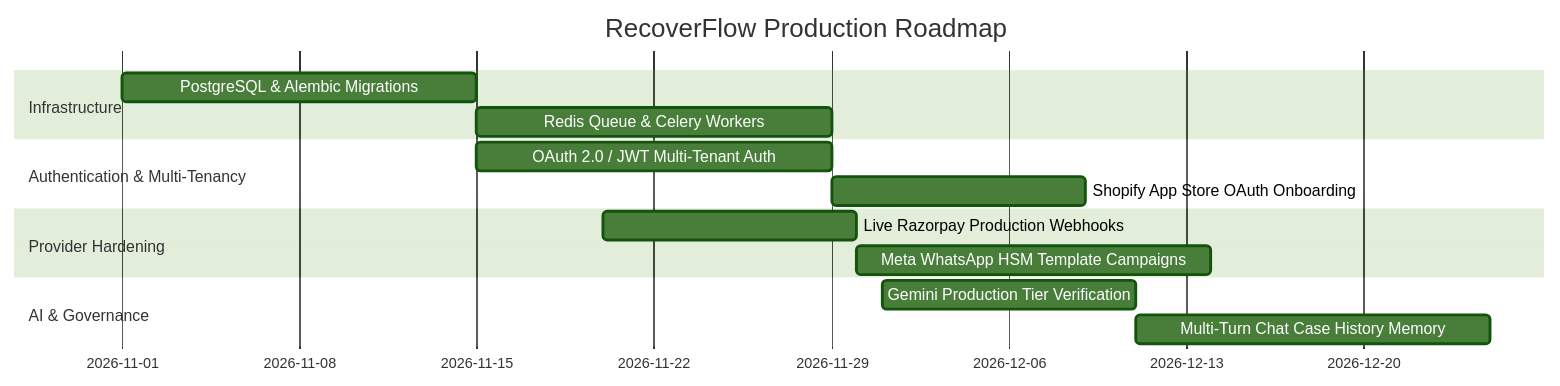
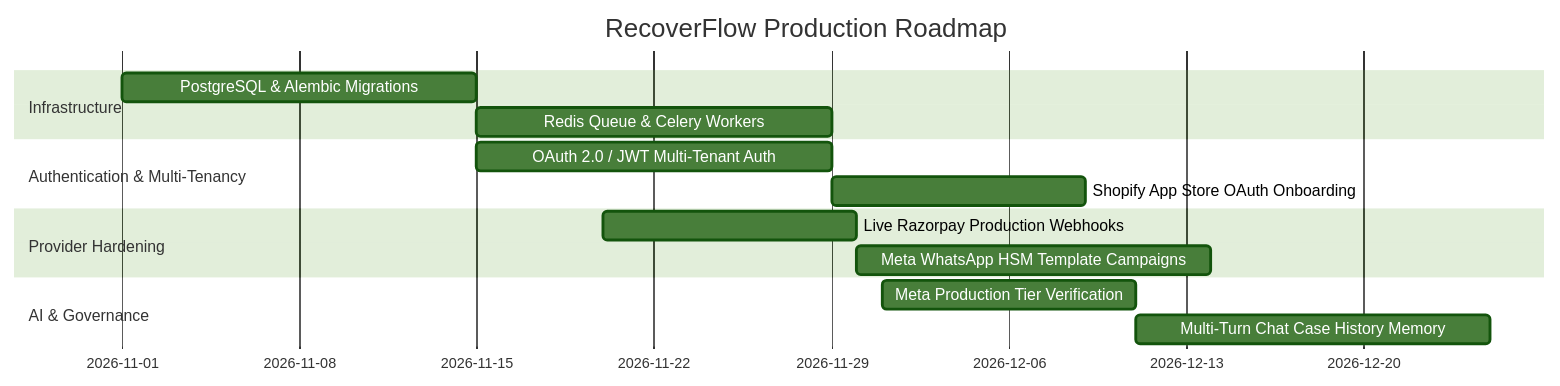
One commit to lakshya14-ds/RecoverFlow-AI changed the second of 2 diagrams in docs/PROJECT_ANALYSIS_AND_SYSTEM_STATE.md. Above: the diagram before and after it, drawn with Mermaid (forest theme). The commit also changed other lines of this file and 92 other files, not shown here.

````diff
--- a/docs/PROJECT_ANALYSIS_AND_SYSTEM_STATE.md
+++ b/docs/PROJECT_ANALYSIS_AND_SYSTEM_STATE.md
@@ -396,17 +398,17 @@
 ```mermaid
 gantt
     title RecoverFlow Production Roadmap
     dateFormat  YYYY-MM-DD
     section Infrastructure
     PostgreSQL & Alembic Migrations       :p1, 2026-11-01, 14d
     Redis Queue & Celery Workers          :p2, after p1, 14d
     section Authentication & Multi-Tenancy
     OAuth 2.0 / JWT Multi-Tenant Auth    :p3, 2026-11-15, 14d
     Shopify App Store OAuth Onboarding    :p4, after p3, 10d
     section Provider Hardening
     Live Razorpay Production Webhooks    :p5, 2026-11-20, 10d
     Meta WhatsApp HSM Template Campaigns  :p6, after p5, 14d
     section AI & Governance
-    Gemini Production Tier Verification   :p7, 2026-12-01, 10d
+    Meta Production Tier Verification   :p7, 2026-12-01, 10d
     Multi-Turn Chat Case History Memory   :p8, after p7, 14d
 ```
````
